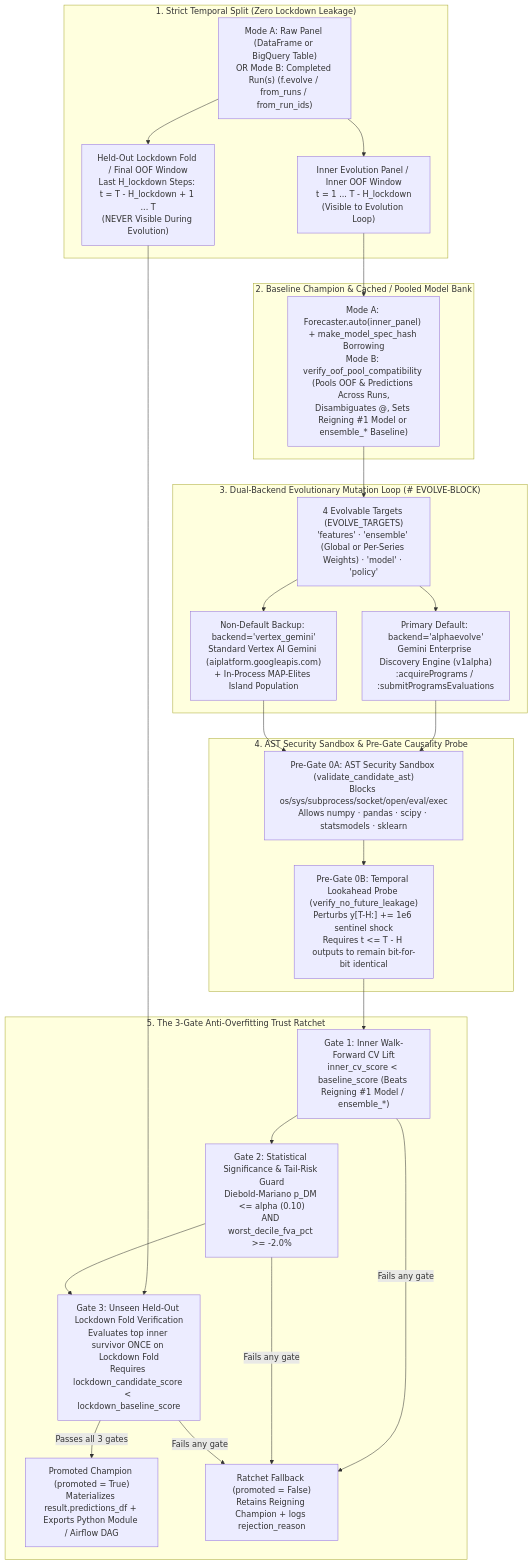
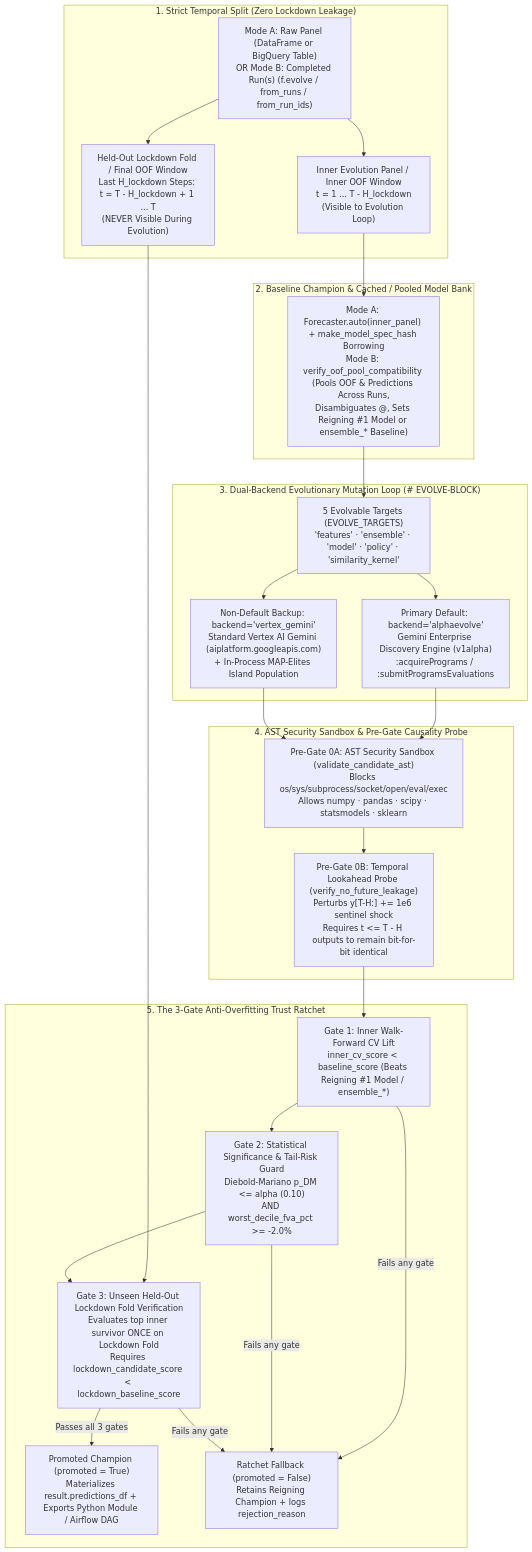
One commit to statmike/scale-forecasting changed the diagram in docs/alphaevolve_runner.md. Above: the diagram before and after it, drawn with Mermaid. The commit also changed other lines of this file and 31 other files, not shown here.

````diff
--- a/docs/alphaevolve_runner.md
+++ b/docs/alphaevolve_runner.md
@@ -48,39 +48,39 @@
 ```mermaid
 flowchart TB
     subgraph Split["1. Strict Temporal Split (Zero Lockdown Leakage)"]
         Raw["Mode A: Raw Panel (DataFrame or BigQuery Table)<br/>OR Mode B: Completed Run(s) (f.evolve / from_runs / from_run_ids)"]
         Inner["Inner Evolution Panel / Inner OOF Window<br/>t = 1 ... T - H_lockdown<br/>(Visible to Evolution Loop)"]
         Lock["Held-Out Lockdown Fold / Final OOF Window<br/>Last H_lockdown Steps: t = T - H_lockdown + 1 ... T<br/>(NEVER Visible During Evolution)"]
         Raw --> Inner & Lock
     end
 
     subgraph Base["2. Baseline Champion & Cached / Pooled Model Bank"]
         Auto["Mode A: Forecaster.auto(inner_panel) + make_model_spec_hash Borrowing<br/>Mode B: verify_oof_pool_compatibility (Pools OOF & Predictions Across Runs,<br/>Disambiguates <model>@<run_short_id>, Sets Reigning #1 Model or ensemble_* Baseline)"]
         Inner --> Auto
     end
 
     subgraph Loop["3. Dual-Backend Evolutionary Mutation Loop (# EVOLVE-BLOCK)"]
-        Target["4 Evolvable Targets (EVOLVE_TARGETS)<br/>'features' · 'ensemble' (Global or Per-Series Weights) · 'model' · 'policy'"]
+        Target["5 Evolvable Targets (EVOLVE_TARGETS)<br/>'features' · 'ensemble' · 'model' · 'policy' · 'similarity_kernel'"]
         Primary["Primary Default: backend='alphaevolve'<br/>Gemini Enterprise Discovery Engine (v1alpha)<br/>:acquirePrograms / :submitProgramsEvaluations"]
         Backup["Non-Default Backup: backend='vertex_gemini'<br/>Standard Vertex AI Gemini (aiplatform.googleapis.com)<br/>+ In-Process MAP-Elites Island Population"]
         Auto --> Target --> Primary & Backup
     end
 
     subgraph Guard["4. AST Security Sandbox & Pre-Gate Causality Probe"]
         AST["Pre-Gate 0A: AST Security Sandbox (validate_candidate_ast)<br/>Blocks os/sys/subprocess/socket/open/eval/exec<br/>Allows numpy · pandas · scipy · statsmodels · sklearn"]
         Leak["Pre-Gate 0B: Temporal Lookahead Probe (verify_no_future_leakage)<br/>Perturbs y[T-H:] += 1e6 sentinel shock<br/>Requires t <= T - H outputs to remain bit-for-bit identical"]
         Primary & Backup --> AST --> Leak
     end
 
     subgraph Ratchet["5. The 3-Gate Anti-Overfitting Trust Ratchet"]
         G1["Gate 1: Inner Walk-Forward CV Lift<br/>inner_cv_score < baseline_score (Beats Reigning #1 Model / ensemble_*)"]
         G2["Gate 2: Statistical Significance & Tail-Risk Guard<br/>Diebold-Mariano p_DM <= alpha (0.10)<br/>AND worst_decile_fva_pct >= -2.0%"]
         G3["Gate 3: Unseen Held-Out Lockdown Fold Verification<br/>Evaluates top inner survivor ONCE on Lockdown Fold<br/>Requires lockdown_candidate_score < lockdown_baseline_score"]
         Promote["Promoted Champion (promoted = True)<br/>Materializes result.predictions_df + Exports Python Module / Airflow DAG"]
         Fallback["Ratchet Fallback (promoted = False)<br/>Retains Reigning Champion + logs rejection_reason"]
         Leak --> G1 --> G2
         Lock & G2 --> G3
         G3 -->|"Passes all 3 gates"| Promote
         G1 & G2 & G3 -->|"Fails any gate"| Fallback
     end
 ```
````
